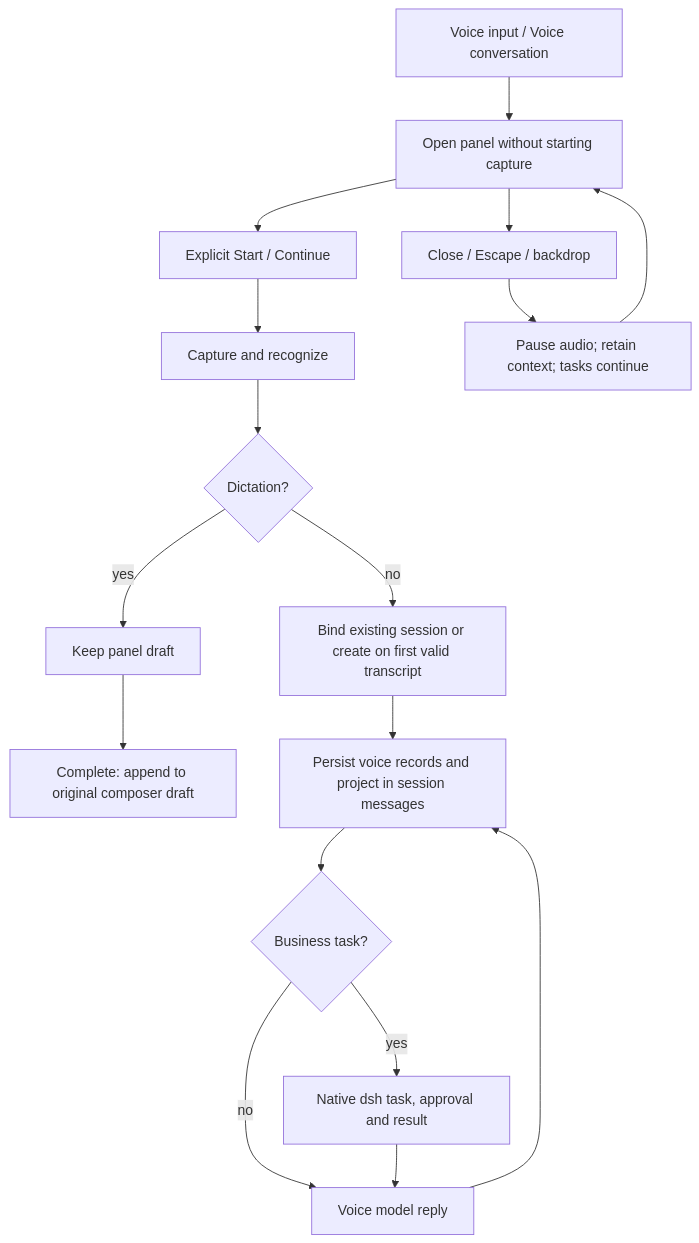
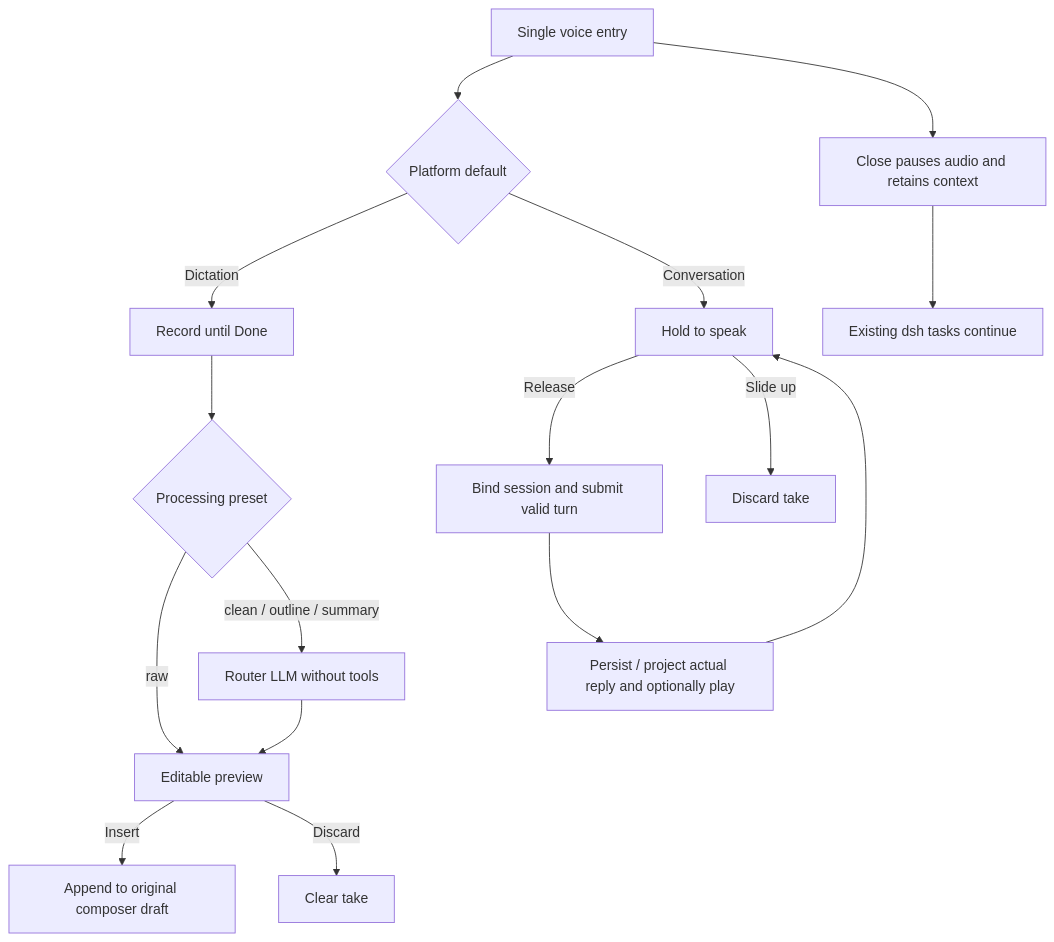
Before and after one commit to beclab/lares: the fourth of 4 diagrams in docs/voice-service-design.md, drawn with Mermaid. The commit also changed other lines of this file and 2 other files, not shown here.

Commit message:
docs(voice): document presets and manual conversation acceptance

````diff
--- a/docs/voice-service-design.md
+++ b/docs/voice-service-design.md
@@ -131,19 +150,18 @@
 ```mermaid
 flowchart TD
-    Entry[Voice input / Voice conversation] --> Panel[Open panel without starting capture]
-    Panel --> Start[Explicit Start / Continue]
-    Start --> Capture[Capture and recognize]
-    Capture --> Dictation{Dictation?}
-    Dictation -->|yes| Draft[Keep panel draft]
-    Draft --> Complete[Complete: append to original composer draft]
-    Dictation -->|no| Bind[Bind existing session or create on first valid transcript]
-    Bind --> Records[Persist voice records and project in session messages]
-    Records --> Delegate{Business task?}
-    Delegate -->|yes| DSH[Native dsh task, approval and result]
-    Delegate -->|no| Reply[Voice model reply]
-    DSH --> Reply
-    Reply --> Records
-    Panel --> Close[Close / Escape / backdrop]
-    Close --> Pause[Pause audio; retain context; tasks continue]
-    Pause --> Panel
+    Entry[Single voice entry] --> Mode{Platform default}
+    Mode -->|Dictation| Capture[Record until Done]
+    Capture --> Preset{Processing preset}
+    Preset -->|raw| Preview[Editable preview]
+    Preset -->|clean / outline / summary| LLM[Router LLM without tools]
+    LLM --> Preview
+    Preview -->|Insert| Draft[Append to original composer draft]
+    Preview -->|Discard| Clear[Clear take]
+    Mode -->|Conversation| Hold[Hold to speak]
+    Hold -->|Release| Bind[Bind session and submit valid turn]
+    Hold -->|Slide up| Cancel[Discard take]
+    Bind --> Reply[Persist / project actual reply and optionally play]
+    Reply --> Hold
+    Entry --> Close[Close pauses audio and retains context]
+    Close --> Background[Existing dsh tasks continue]
 ```
````
